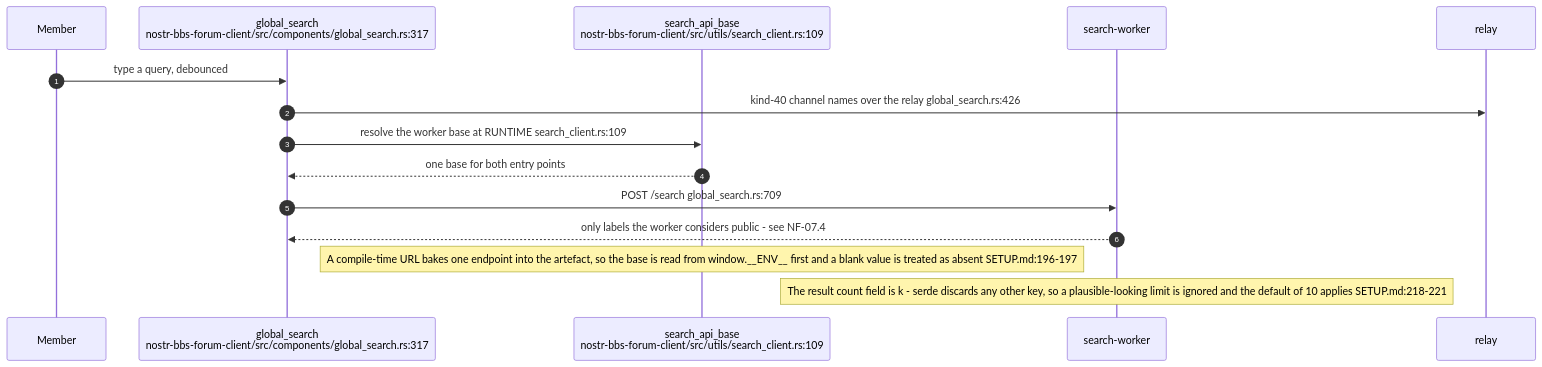
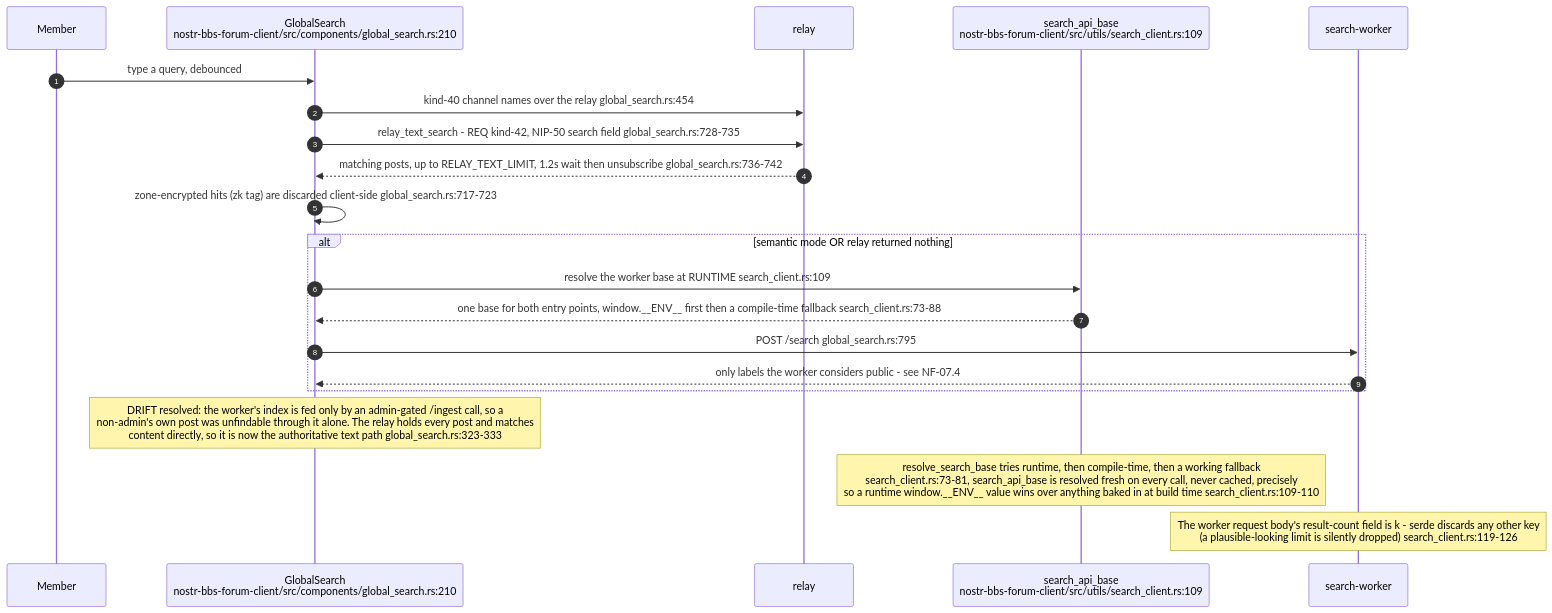
Diagram 14 of 16 in docs/diagrams/nostr-rust-forum/05-leptos-clients-onboarding-messaging-governance.md (DreamLab-AI/VisionFlow), drawn with Mermaid before and after one commit. The commit also changed other lines of this file and 136 other files, not shown here.

First line of the commit message:
docs(diagrams): refresh the whole corpus to code HEAD and prune low-value diagrams

````diff
--- a/docs/diagrams/nostr-rust-forum/05-leptos-clients-onboarding-messaging-governance.md
+++ b/docs/diagrams/nostr-rust-forum/05-leptos-clients-onboarding-messaging-governance.md
@@ -422,19 +447,26 @@
 ```mermaid
 sequenceDiagram
     autonumber
     participant U as Member
-    participant GS as global_search<br/>nostr-bbs-forum-client/src/components/global_search.rs:317
+    participant GS as GlobalSearch<br/>nostr-bbs-forum-client/src/components/global_search.rs:210
+    participant R as relay
     participant SC as search_api_base<br/>nostr-bbs-forum-client/src/utils/search_client.rs:109
     participant SW as search-worker
-    participant R as relay
 
     U->>GS: type a query, debounced
-    GS->>R: kind-40 channel names over the relay global_search.rs:426
-    GS->>SC: resolve the worker base at RUNTIME search_client.rs:109
-    SC-->>GS: one base for both entry points
-    GS->>SW: POST /search global_search.rs:709
-    SW-->>GS: only labels the worker considers public - see NF-07.4
+    GS->>R: kind-40 channel names over the relay global_search.rs:454
+    GS->>R: relay_text_search - REQ kind-42, NIP-50 search field global_search.rs:728-735
+    R-->>GS: matching posts, up to RELAY_TEXT_LIMIT, 1.2s wait then unsubscribe global_search.rs:736-742
+    GS->>GS: zone-encrypted hits (zk tag) are discarded client-side global_search.rs:717-723
 
-    Note over SC: A compile-time URL bakes one endpoint into the artefact, so the base is read from window.__ENV__ first and a blank value is treated as absent SETUP.md:196-197
-    Note over SW: The result count field is k - serde discards any other key, so a plausible-looking limit is ignored and the default of 10 applies SETUP.md:218-221
+    alt semantic mode OR relay returned nothing
+        GS->>SC: resolve the worker base at RUNTIME search_client.rs:109
+        SC-->>GS: one base for both entry points, window.__ENV__ first then a compile-time fallback search_client.rs:73-88
+        GS->>SW: POST /search global_search.rs:795
+        SW-->>GS: only labels the worker considers public - see NF-07.4
+    end
+
+    Note over GS: DRIFT resolved: the worker's index is fed only by an admin-gated /ingest call, so a<br/>non-admin's own post was unfindable through it alone. The relay holds every post and matches<br/>content directly, so it is now the authoritative text path global_search.rs:323-333
+    Note over SC: resolve_search_base tries runtime, then compile-time, then a working fallback<br/>search_client.rs:73-81, search_api_base is resolved fresh on every call, never cached, precisely<br/>so a runtime window.__ENV__ value wins over anything baked in at build time search_client.rs:109-110
+    Note over SW: The worker request body's result-count field is k - serde discards any other key<br/>(a plausible-looking limit is silently dropped) search_client.rs:119-126
 ```
````
